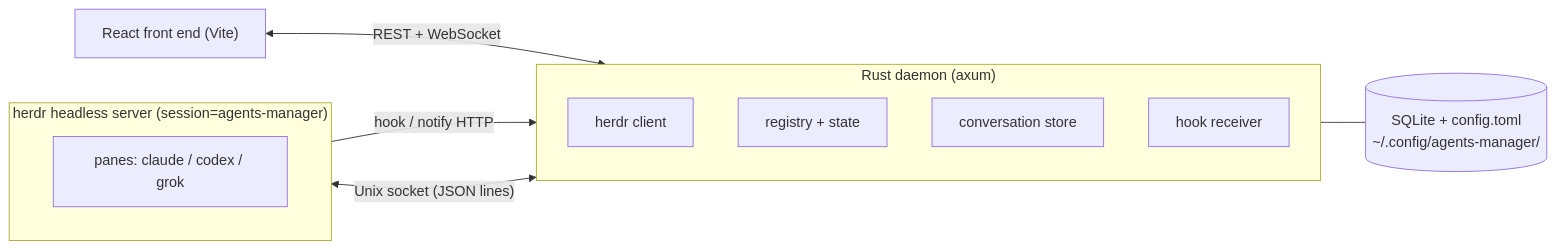
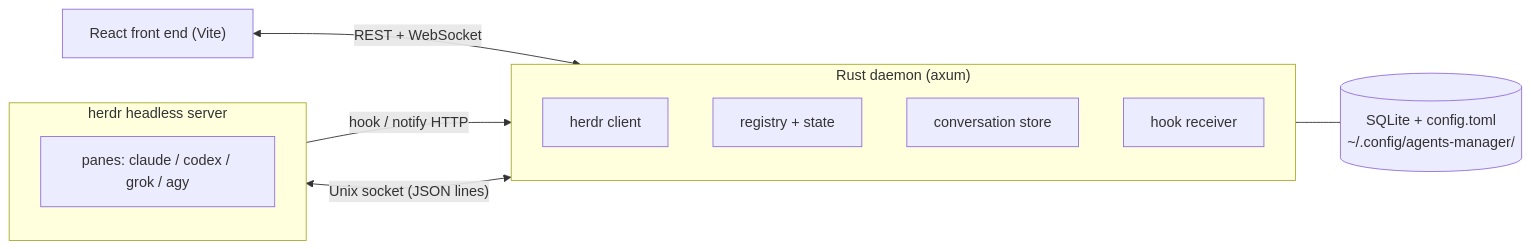
The diagram in README.md (Eden-Sun/agents-manager), drawn with Mermaid before and after one commit. The commit also changed other lines of this file and 3 other files, not shown here.

Commit message:
docs(readme): 重寫 README（英文為主、繁中同步）：精簡結構、新真畫面、補 agy／排程／Jev／Claude API／更新檢查（#1927）

````diff
--- a/README.md
+++ b/README.md
@@ -11,21 +65,21 @@
 ```mermaid
 flowchart LR
     web["React front end (Vite)"]
     subgraph daemon["Rust daemon (axum)"]
         direction TB
         d1["herdr client"]
         d2["registry + state"]
         d3["conversation store"]
         d4["hook receiver"]
     end
     store[("SQLite + config.toml<br/>~/.config/agents-manager/")]
-    subgraph herdr["herdr headless server (session=agents-manager)"]
+    subgraph herdr["herdr headless server"]
         direction TB
-        panes["panes: claude / codex / grok"]
+        panes["panes: claude / codex / grok / agy"]
     end
 
     web <-- "REST + WebSocket" --> daemon
     daemon <-- "Unix socket (JSON lines)" --> herdr
     panes -- "hook / notify HTTP" --> d4
     daemon --- store
 ```
````
